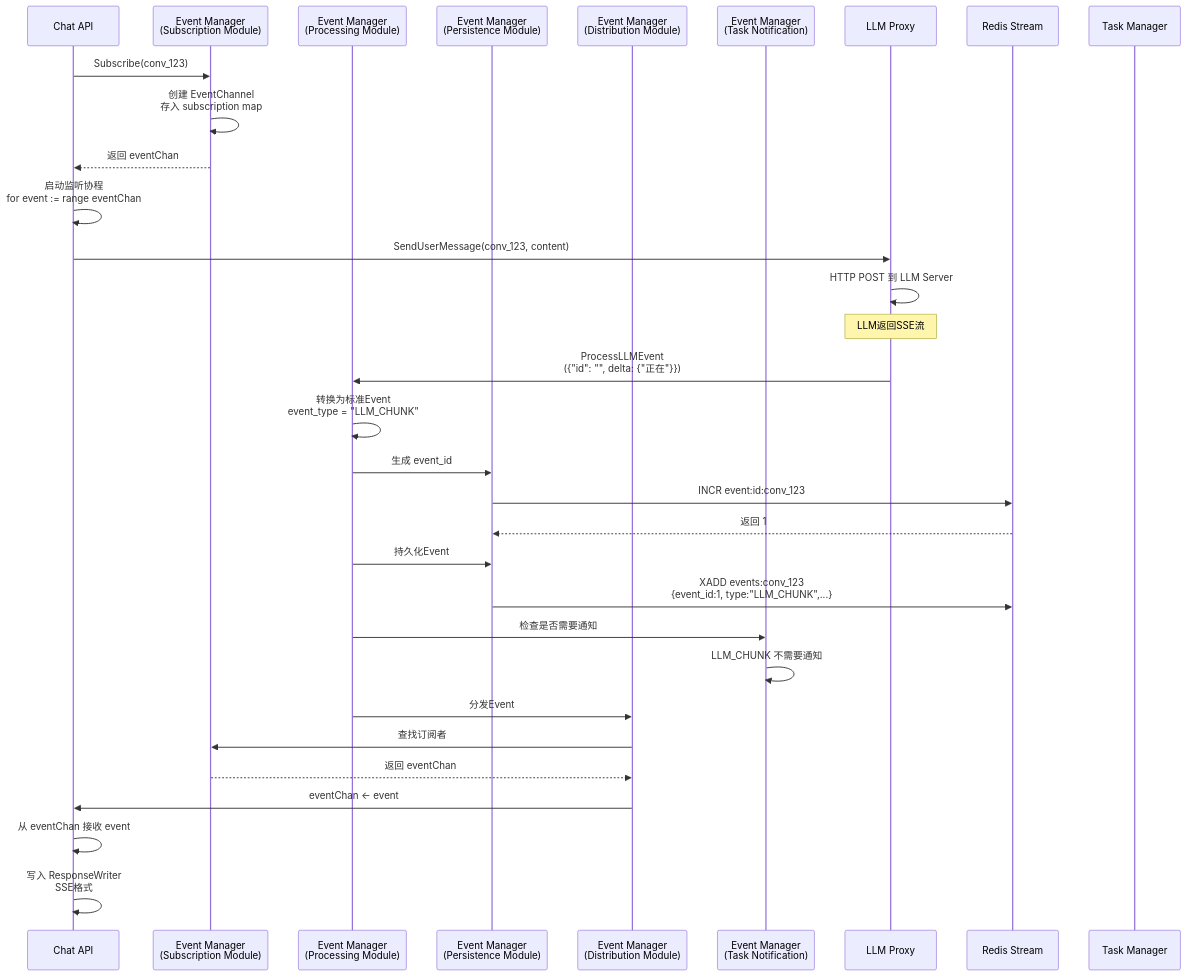
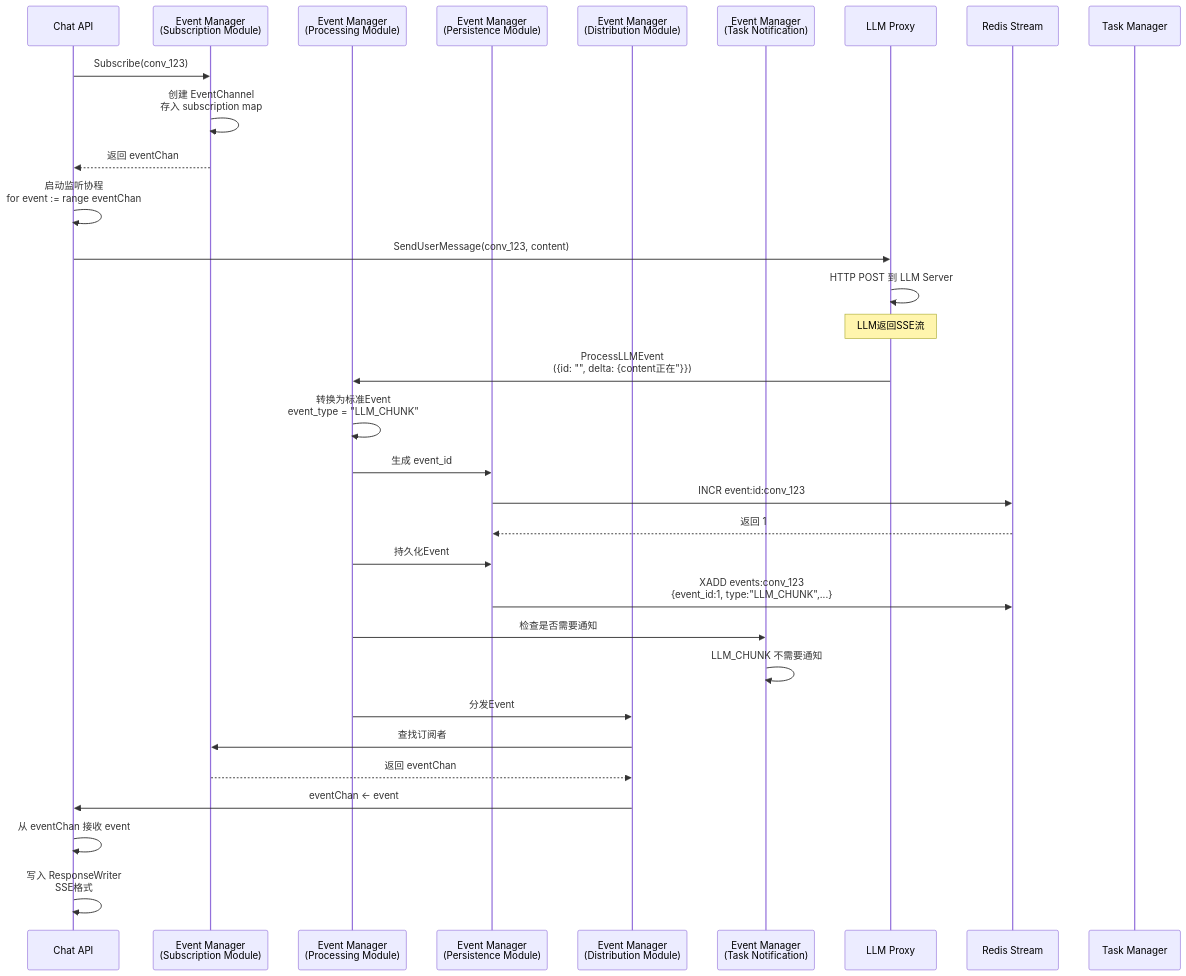
Before and after one commit to yingjianzh/iodraw-files: the diagram in all/未命名-10.md, drawn with Mermaid.

Commit message:
2025-12-22 17:28:44 update

````diff
--- a/all/未命名-10.md
+++ b/all/未命名-10.md
@@ -1,44 +1,44 @@
 ```mermaid
 sequenceDiagram
     participant ChatAPI as Chat API
     participant EventMgr as Event Manager<br/>(Subscription Module)
     participant EventProc as Event Manager<br/>(Processing Module)
     participant Persist as Event Manager<br/>(Persistence Module)
     participant Distrib as Event Manager<br/>(Distribution Module)
     participant TaskNotif as Event Manager<br/>(Task Notification)
     participant LLMProxy as LLM Proxy
     participant Redis as Redis Stream
     participant TaskMgr as Task Manager
 
     ChatAPI->>EventMgr: Subscribe(conv_123)
     EventMgr->>EventMgr: 创建 EventChannel<br/>存入 subscription map
     EventMgr-->>ChatAPI: 返回 eventChan
 
     ChatAPI->>ChatAPI: 启动监听协程<br/>for event := range eventChan
     
     ChatAPI->>LLMProxy: SendUserMessage(conv_123, content)
     LLMProxy->>LLMProxy: HTTP POST 到 LLM Server
 
     Note over LLMProxy: LLM返回SSE流
 
-    LLMProxy->>EventProc: ProcessLLMEvent<br/>({"id": "", delta: {"正在"}})
+    LLMProxy->>EventProc: ProcessLLMEvent<br/>({id: "", delta: {content正在"}})
     
     EventProc->>EventProc: 转换为标准Event<br/>event_type = "LLM_CHUNK"
     EventProc->>Persist: 生成 event_id
     Persist->>Redis: INCR event:id:conv_123
     Redis-->>Persist: 返回 1
     
     EventProc->>Persist: 持久化Event
     Persist->>Redis: XADD events:conv_123<br/>{event_id:1, type:"LLM_CHUNK",...}
     
     EventProc->>TaskNotif: 检查是否需要通知
     TaskNotif->>TaskNotif: LLM_CHUNK 不需要通知
     
     EventProc->>Distrib: 分发Event
     Distrib->>EventMgr: 查找订阅者
     EventMgr-->>Distrib: 返回 eventChan
     Distrib->>ChatAPI: eventChan <- event
     
     ChatAPI->>ChatAPI: 从 eventChan 接收 event
     ChatAPI->>ChatAPI: 写入 ResponseWriter<br/>SSE格式
 ```
````
